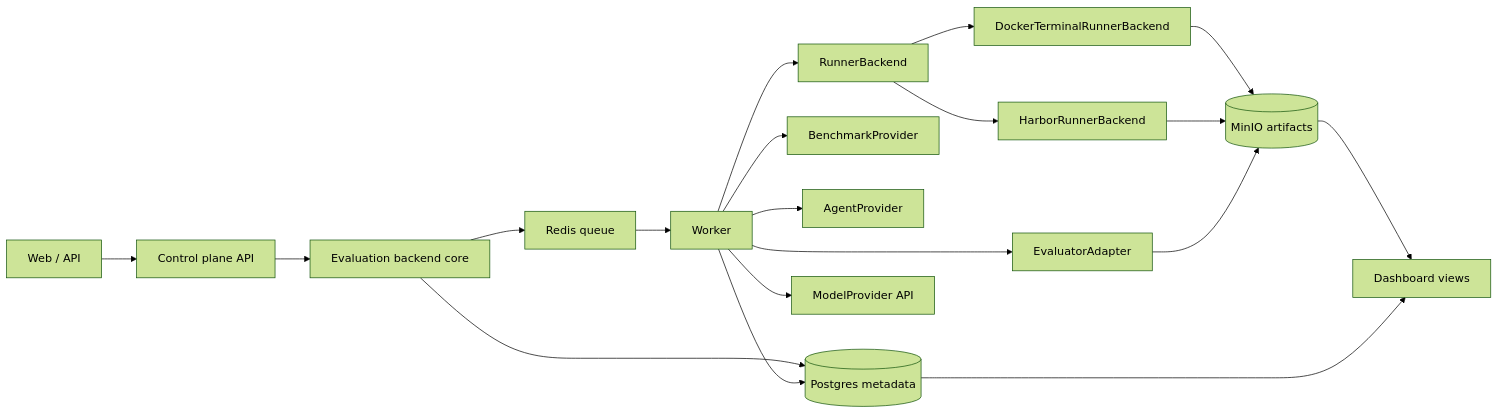
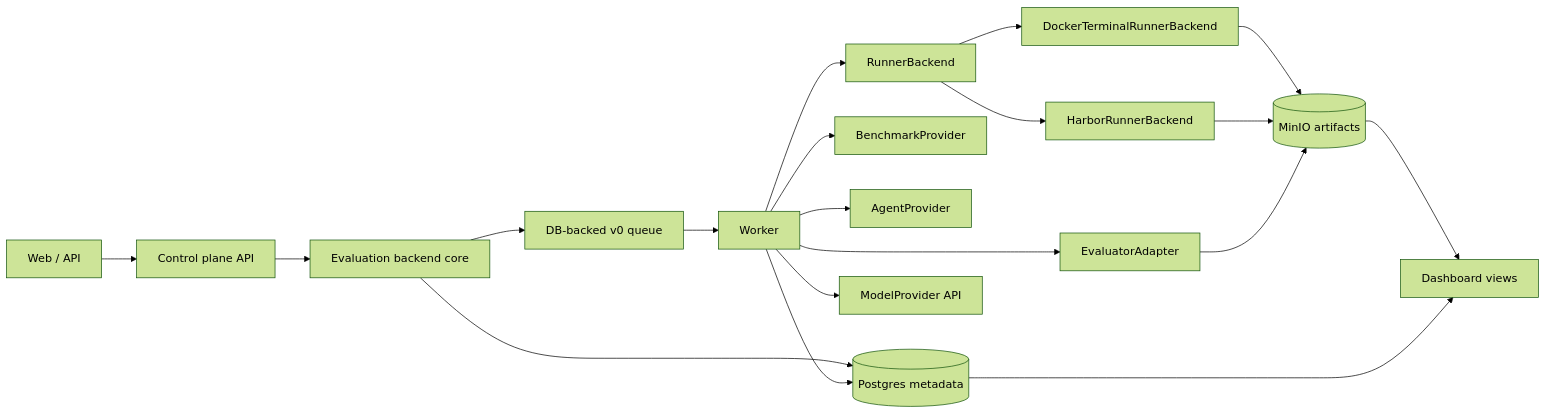
One commit to qianyi-sun/loom changed the third of 3 diagrams in README.md. Above: the diagram before and after it, drawn with Mermaid (forest theme). The commit also changed other lines of this file and 13 other files, not shown here.

````diff
--- a/README.md
+++ b/README.md
@@ -90,21 +90,21 @@
 ```mermaid
 flowchart LR
     UI["Web / API"] --> API["Control plane API"]
     API --> Core["Evaluation backend core"]
     Core --> DB[("Postgres metadata")]
-    Core --> Queue["Redis queue"]
+    Core --> Queue["DB-backed v0 queue"]
     Queue --> Worker["Worker"]
     Worker --> Benchmark["BenchmarkProvider"]
     Worker --> Agent["AgentProvider"]
     Worker --> Runner["RunnerBackend"]
     Worker --> Model["ModelProvider API"]
     Worker --> Eval["EvaluatorAdapter"]
     Runner --> Sandbox["DockerTerminalRunnerBackend"]
     Runner --> Harbor["HarborRunnerBackend"]
     Sandbox --> Store[("MinIO artifacts")]
     Harbor --> Store
     Eval --> Store
     Worker --> DB
     Store --> Dashboard["Dashboard views"]
     DB --> Dashboard
 ```
````
